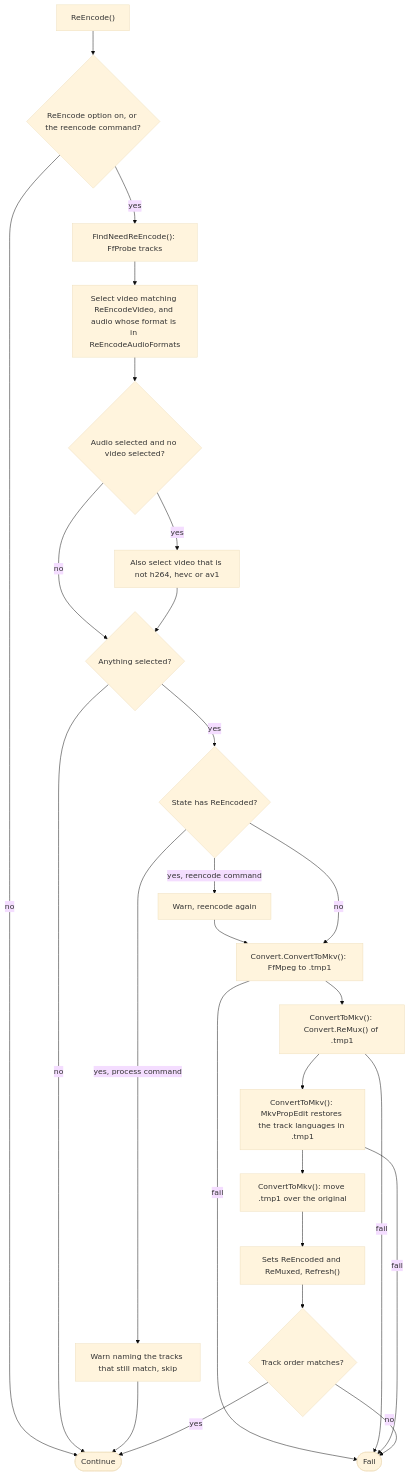
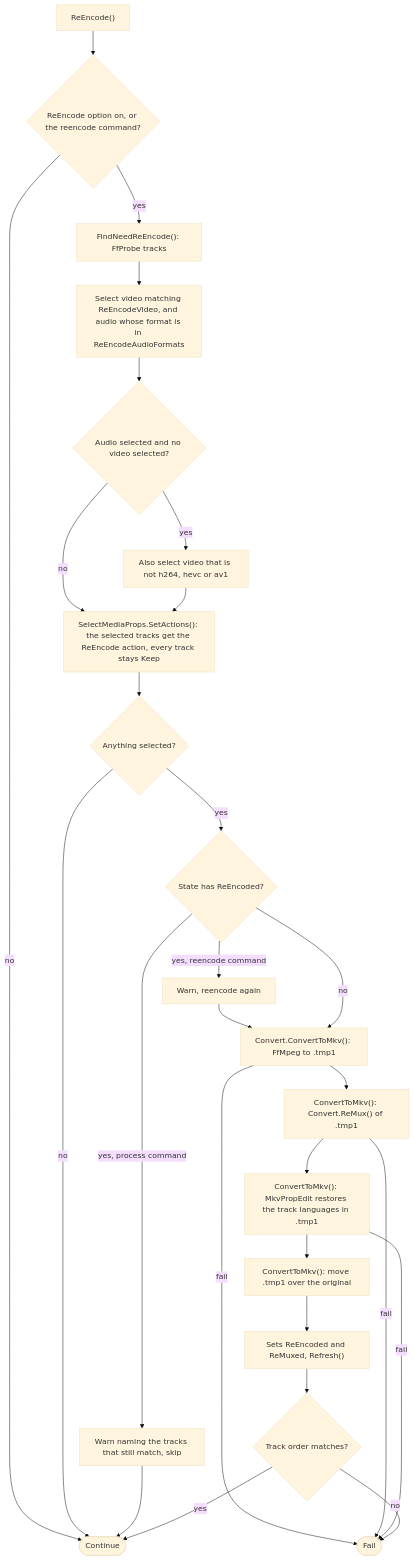
Before and after one commit to ptr727/PlexCleaner: diagram 18 of 20 in ARCHITECTURE.md, drawn with Mermaid (base theme). The commit also changed other lines of this file and 8 other files, not shown here.

First line of the commit message:
Split Track State into a Disposition and Combinable Actions

````diff
--- a/ARCHITECTURE.md
+++ b/ARCHITECTURE.md
@@ -719,28 +723,29 @@
 ```mermaid
 flowchart TD
   A0["ReEncode()"] --> A1{"ReEncode option on, or the reencode command?"}
   A1 -->|no| AOK(["Continue"])
   A1 -->|yes| S0["FindNeedReEncode(): FfProbe tracks"]
   S0 --> S1["Select video matching ReEncodeVideo, and audio whose format is in ReEncodeAudioFormats"]
   S1 --> S2{"Audio selected and no video selected?"}
   S2 -->|yes| S3["Also select video that is not h264, hevc or av1"]
-  S2 -->|no| S4
-  S3 --> S4{"Anything selected?"}
+  S2 -->|no| SA
+  S3 --> SA["SelectMediaProps.SetActions(): the selected tracks get the ReEncode action, every track stays Keep"]
+  SA --> S4{"Anything selected?"}
   S4 -->|no| AOK
   S4 -->|yes| S5{"State has ReEncoded?"}
   S5 -->|"yes, process command"| SKIP["Warn naming the tracks that still match, skip"]
   SKIP --> AOK
   S5 -->|"yes, reencode command"| AGAIN["Warn, reencode again"]
   AGAIN --> C1
   S5 -->|no| C1["Convert.ConvertToMkv(): FfMpeg to .tmp1"]
   C1 -->|fail| FAIL(["Fail"])
   C1 --> C2["ConvertToMkv(): Convert.ReMux() of .tmp1"]
   C2 -->|fail| FAIL
   C2 --> C3["ConvertToMkv(): MkvPropEdit restores the track languages in .tmp1"]
   C3 -->|fail| FAIL
   C3 --> C6["ConvertToMkv(): move .tmp1 over the original"]
   C6 --> C4["Sets ReEncoded and ReMuxed, Refresh()"]
   C4 --> C5{"Track order matches?"}
   C5 -->|no| FAIL
   C5 -->|yes| AOK
 ```
````
